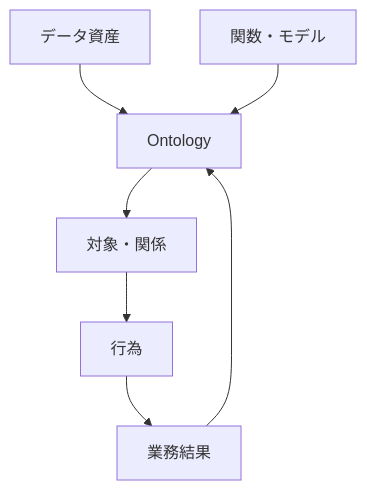
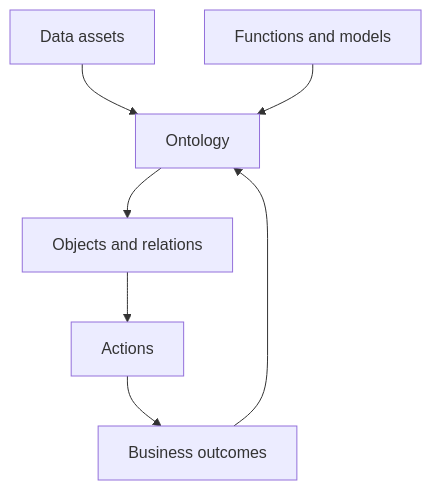
The tenth of 13 diagrams in content/blog/en/ai-llm-ontology-memory.mdx (daylight55/research), drawn with Mermaid before and after one commit. The commit also changed other lines of this file and 26 other files, not shown here.

Commit message:
Translate English Mermaid labels

````diff
--- a/content/blog/en/ai-llm-ontology-memory.mdx
+++ b/content/blog/en/ai-llm-ontology-memory.mdx
@@ -298,9 +298,9 @@
 ```mermaid
 flowchart TD
-  Data["データ資産"] --> Ont["Ontology"]
-  Logic["関数・モデル"] --> Ont
-  Ont --> Obj["対象・関係"]
-  Obj --> Act["行為"]
-  Act --> Ops["業務結果"]
+  Data["Data assets"] --> Ont["Ontology"]
+  Logic["Functions and models"] --> Ont
+  Ont --> Obj["Objects and relations"]
+  Obj --> Act["Actions"]
+  Act --> Ops["Business outcomes"]
   Ops --> Ont
 ```
````
